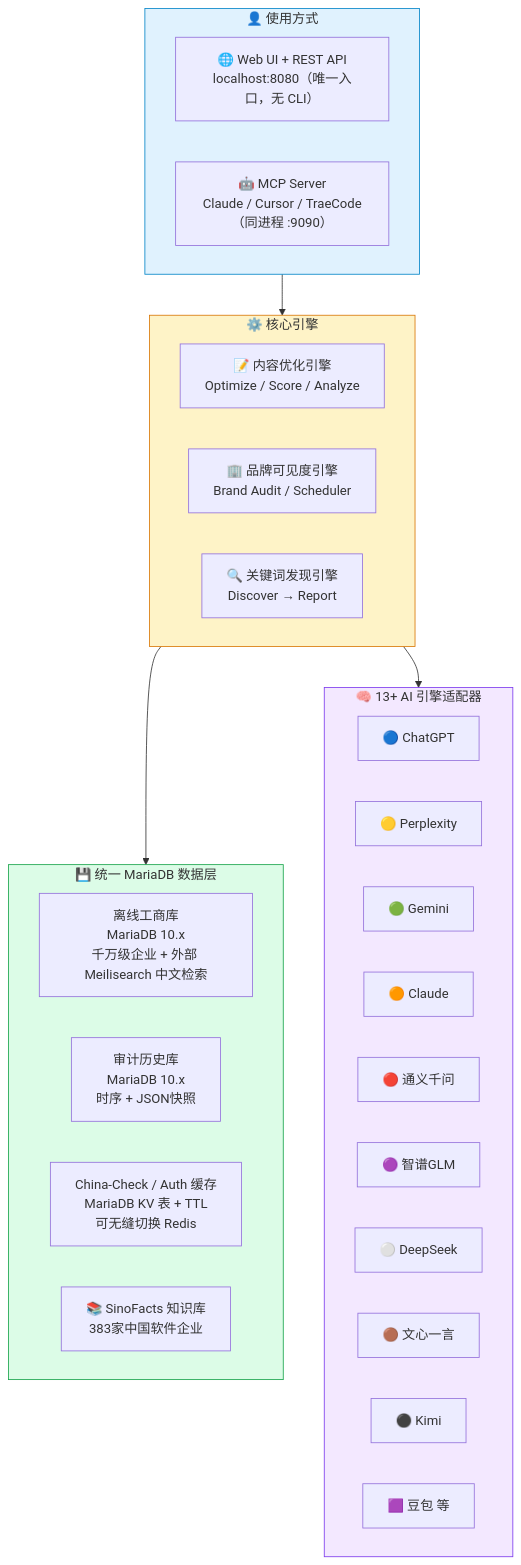
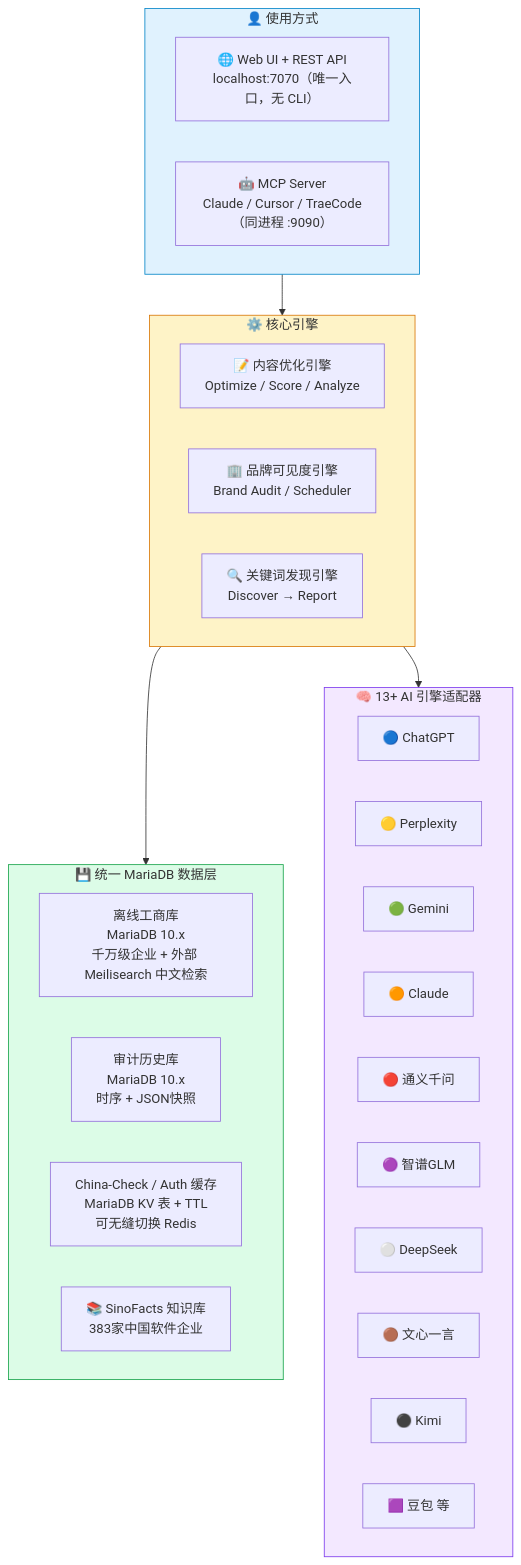
Before and after one commit to deep2code/geo: the second of 13 diagrams in README.md, drawn with Mermaid. The commit also changed other lines of this file and 19 other files, not shown here.

````diff
--- a/README.md
+++ b/README.md
@@ -52,42 +52,42 @@
 ```mermaid
 graph TB
     subgraph 用户层["👤 使用方式"]
-        Web["🌐 Web UI + REST API<br/>localhost:8080（唯一入口，无 CLI）"]
+        Web["🌐 Web UI + REST API<br/>localhost:7070（唯一入口，无 CLI）"]
         MCP["🤖 MCP Server<br/>Claude / Cursor / TraeCode（同进程 :9090）"]
     end
 
     subgraph 引擎层["⚙️ 核心引擎"]
         CO["📝 内容优化引擎<br/>Optimize / Score / Analyze"]
         BA["🏢 品牌可见度引擎<br/>Brand Audit / Scheduler"]
         DIS["🔍 关键词发现引擎<br/>Discover → Report"]
     end
 
     subgraph 数据层["💾 统一 MariaDB 数据层"]
         DB1["离线工商库<br/>MariaDB 10.x<br/>千万级企业 + 外部 Meilisearch 中文检索"]
         DB2["审计历史库<br/>MariaDB 10.x<br/>时序 + JSON快照"]
         DB3["China-Check / Auth 缓存<br/>MariaDB KV 表 + TTL<br/>可无缝切换 Redis"]
         KB["📚 SinoFacts 知识库<br/>383家中国软件企业"]
     end
 
     subgraph AI层["🧠 13+ AI 引擎适配器"]
         E1["🔵 ChatGPT"]
         E2["🟡 Perplexity"]
         E3["🟢 Gemini"]
         E4["🟠 Claude"]
         E5["🔴 通义千问"]
         E6["🟣 智谱GLM"]
         E7["⚪ DeepSeek"]
         E8["🟤 文心一言"]
         E9["⚫ Kimi"]
         E10["🟪 豆包 等"]
     end
 
     用户层 --> 引擎层
     引擎层 --> 数据层
     引擎层 --> AI层
 
     style 用户层 fill:#e0f2fe,stroke:#0284c7
     style 引擎层 fill:#fef3c7,stroke:#d97706
     style 数据层 fill:#dcfce7,stroke:#16a34a
     style AI层 fill:#f3e8ff,stroke:#7c3aed
 ```
````
